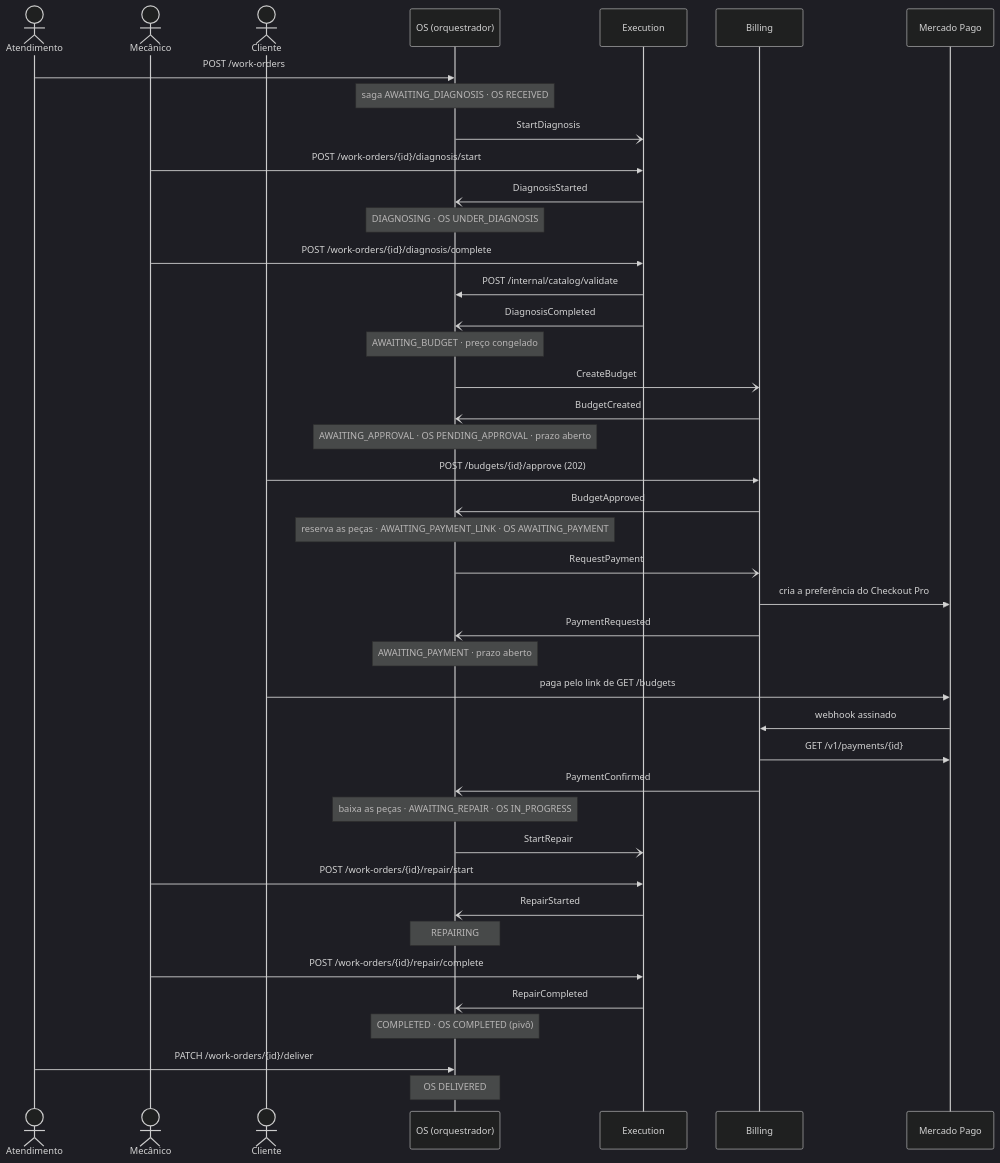
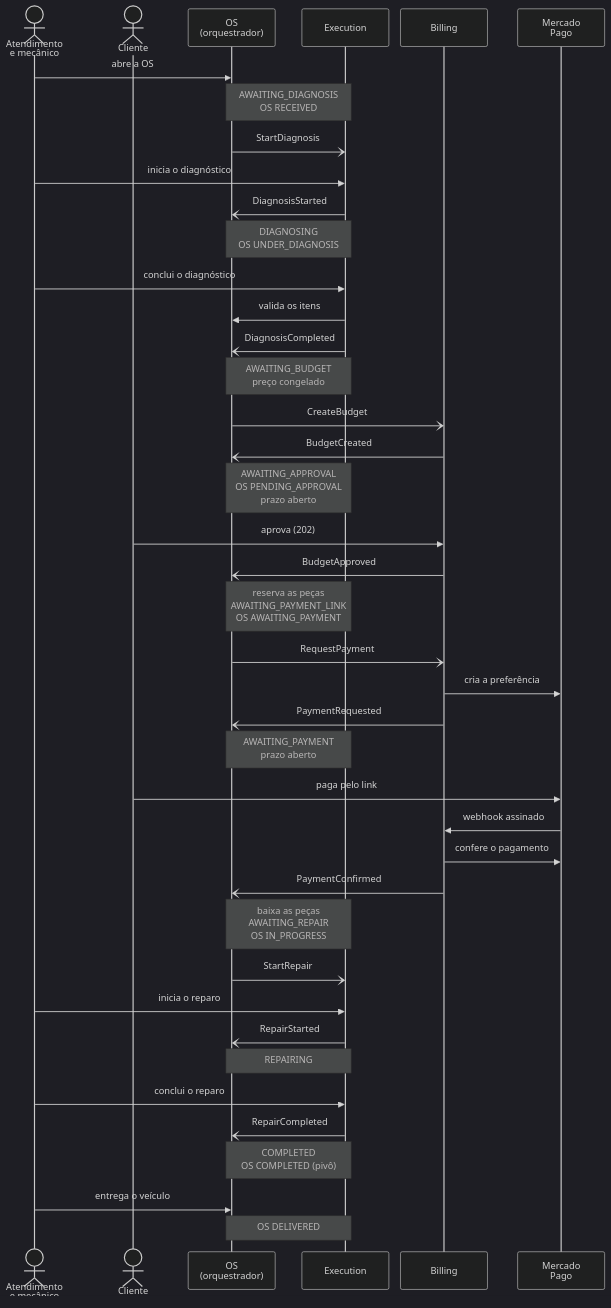
One commit to CleytonOngaratto/fiap-fase4-os-service changed the first of 3 diagrams in docs/arquitetura/sequencia.md. Above: the diagram before and after it, drawn with Mermaid (dark theme). The commit also changed other lines of this file and 27 other files, not shown here.

````diff
--- a/docs/arquitetura/sequencia.md
+++ b/docs/arquitetura/sequencia.md
@@ -17,45 +17,45 @@
 ```mermaid
+%%{init: {"sequence": {"actorMargin": 20}}}%%
 sequenceDiagram
-    actor A as Atendimento
-    actor M as Mecânico
+    actor F as Atendimento<br/>e mecânico
     actor C as Cliente
-    participant OS as OS (orquestrador)
+    participant OS as OS<br/>(orquestrador)
     participant E as Execution
     participant B as Billing
-    participant MP as Mercado Pago
+    participant MP as Mercado<br/>Pago
 
-    A->>OS: POST /work-orders
-    Note over OS: saga AWAITING_DIAGNOSIS · OS RECEIVED
+    F->>OS: abre a OS
+    Note over OS,E: AWAITING_DIAGNOSIS<br/>OS RECEIVED
     OS-)E: StartDiagnosis
-    M->>E: POST /work-orders/{id}/diagnosis/start
+    F->>E: inicia o diagnóstico
     E-)OS: DiagnosisStarted
-    Note over OS: DIAGNOSING · OS UNDER_DIAGNOSIS
-    M->>E: POST /work-orders/{id}/diagnosis/complete
-    E->>OS: POST /internal/catalog/validate
+    Note over OS,E: DIAGNOSING<br/>OS UNDER_DIAGNOSIS
+    F->>E: conclui o diagnóstico
+    E->>OS: valida os itens
     E-)OS: DiagnosisCompleted
-    Note over OS: AWAITING_BUDGET · preço congelado
+    Note over OS,E: AWAITING_BUDGET<br/>preço congelado
     OS-)B: CreateBudget
     B-)OS: BudgetCreated
-    Note over OS: AWAITING_APPROVAL · OS PENDING_APPROVAL · prazo aberto
-    C->>B: POST /budgets/{id}/approve (202)
+    Note over OS,E: AWAITING_APPROVAL<br/>OS PENDING_APPROVAL<br/>prazo aberto
+    C->>B: aprova (202)
     B-)OS: BudgetApproved
-    Note over OS: reserva as peças · AWAITING_PAYMENT_LINK · OS AWAITING_PAYMENT
+    Note over OS,E: reserva as peças<br/>AWAITING_PAYMENT_LINK<br/>OS AWAITING_PAYMENT
     OS-)B: RequestPayment
-    B->>MP: cria a preferência do Checkout Pro
+    B->>MP: cria a preferência
     B-)OS: PaymentRequested
-    Note over OS: AWAITING_PAYMENT · prazo aberto
-    C->>MP: paga pelo link de GET /budgets
+    Note over OS,E: AWAITING_PAYMENT<br/>prazo aberto
+    C->>MP: paga pelo link
     MP->>B: webhook assinado
-    B->>MP: GET /v1/payments/{id}
+    B->>MP: confere o pagamento
     B-)OS: PaymentConfirmed
-    Note over OS: baixa as peças · AWAITING_REPAIR · OS IN_PROGRESS
+    Note over OS,E: baixa as peças<br/>AWAITING_REPAIR<br/>OS IN_PROGRESS
     OS-)E: StartRepair
-    M->>E: POST /work-orders/{id}/repair/start
+    F->>E: inicia o reparo
     E-)OS: RepairStarted
-    Note over OS: REPAIRING
-    M->>E: POST /work-orders/{id}/repair/complete
+    Note over OS,E: REPAIRING
+    F->>E: conclui o reparo
     E-)OS: RepairCompleted
-    Note over OS: COMPLETED · OS COMPLETED (pivô)
-    A->>OS: PATCH /work-orders/{id}/deliver
-    Note over OS: OS DELIVERED
+    Note over OS,E: COMPLETED<br/>OS COMPLETED (pivô)
+    F->>OS: entrega o veículo
+    Note over OS,E: OS DELIVERED
 ```
````
